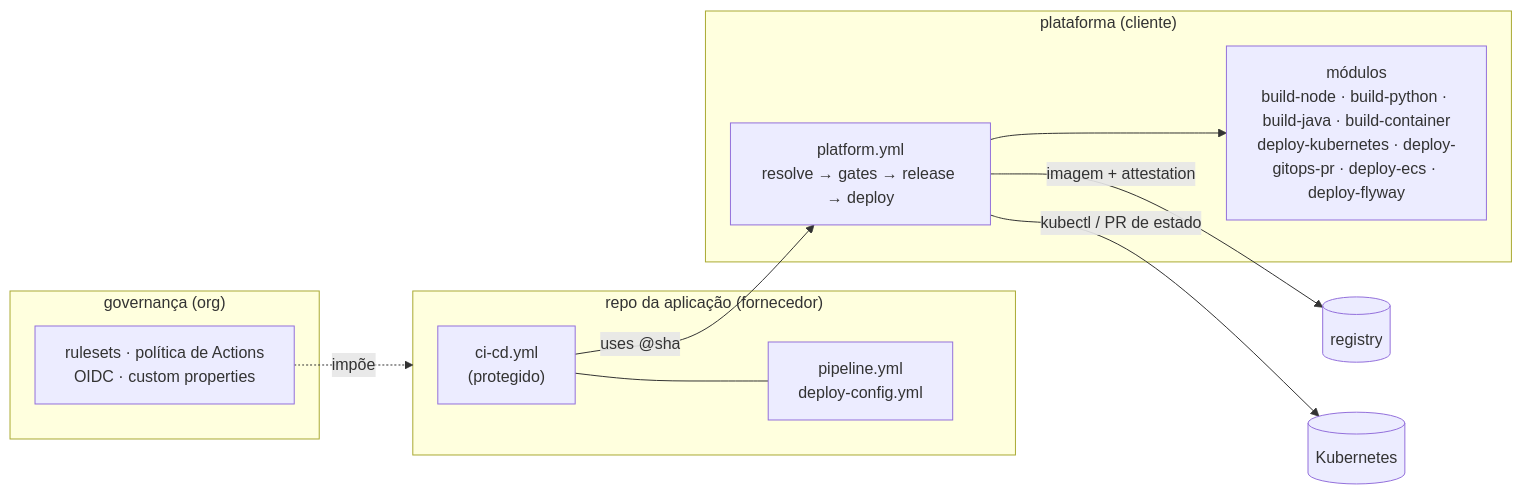
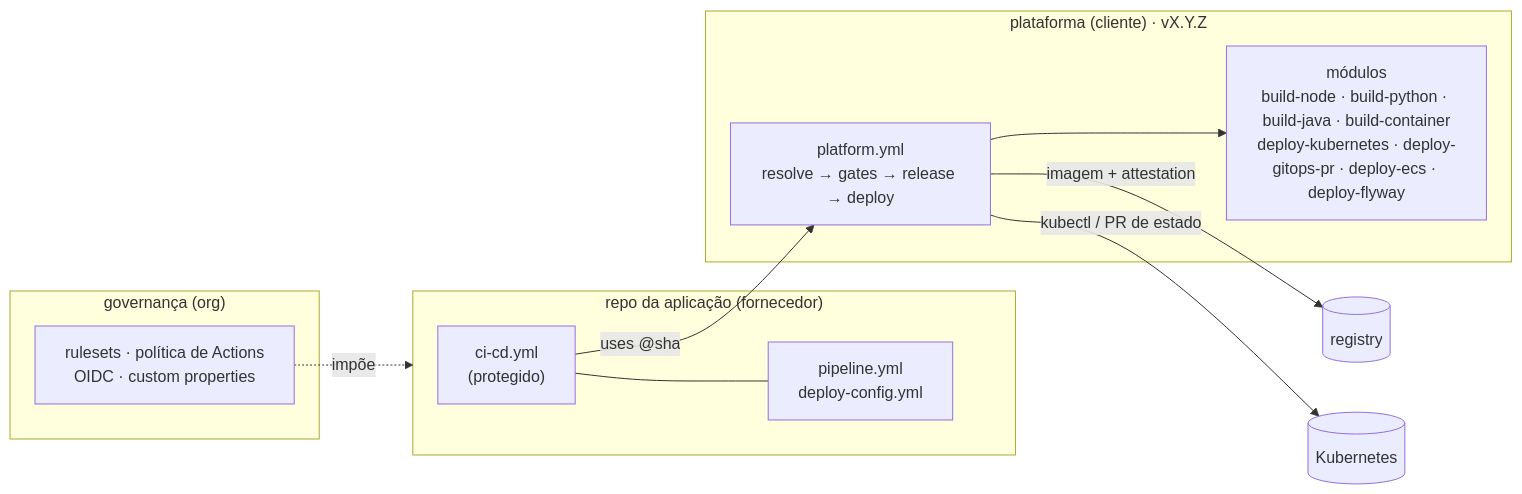
Before and after one commit to diogorochaaraujo/gitflow-devsecops-pipeline: the diagram in README.md, drawn with Mermaid. The commit also changed other lines of this file and 11 other files, not shown here.

````diff
--- a/README.md
+++ b/README.md
@@ -41,18 +19,18 @@
 ```mermaid
 flowchart LR
   subgraph APP["repo da aplicação (fornecedor)"]
     W["ci-cd.yml<br/>(protegido)"] --- C["pipeline.yml<br/>deploy-config.yml"]
   end
-  subgraph PLAT["plataforma (cliente)"]
+  subgraph PLAT["plataforma (cliente) · vX.Y.Z"]
     O["platform.yml<br/>resolve → gates → release → deploy"]
     M["módulos<br/>build-node · build-python · build-java · build-container<br/>deploy-kubernetes · deploy-gitops-pr · deploy-ecs · deploy-flyway"]
     O --> M
   end
   subgraph GOV["governança (org)"]
     R["rulesets · política de Actions<br/>OIDC · custom properties"]
   end
   W -->|uses @sha| O
   R -.impõe.-> APP
   O -->|imagem + attestation| REG[(registry)]
   O -->|kubectl / PR de estado| K8S[(Kubernetes)]
 ```
````
